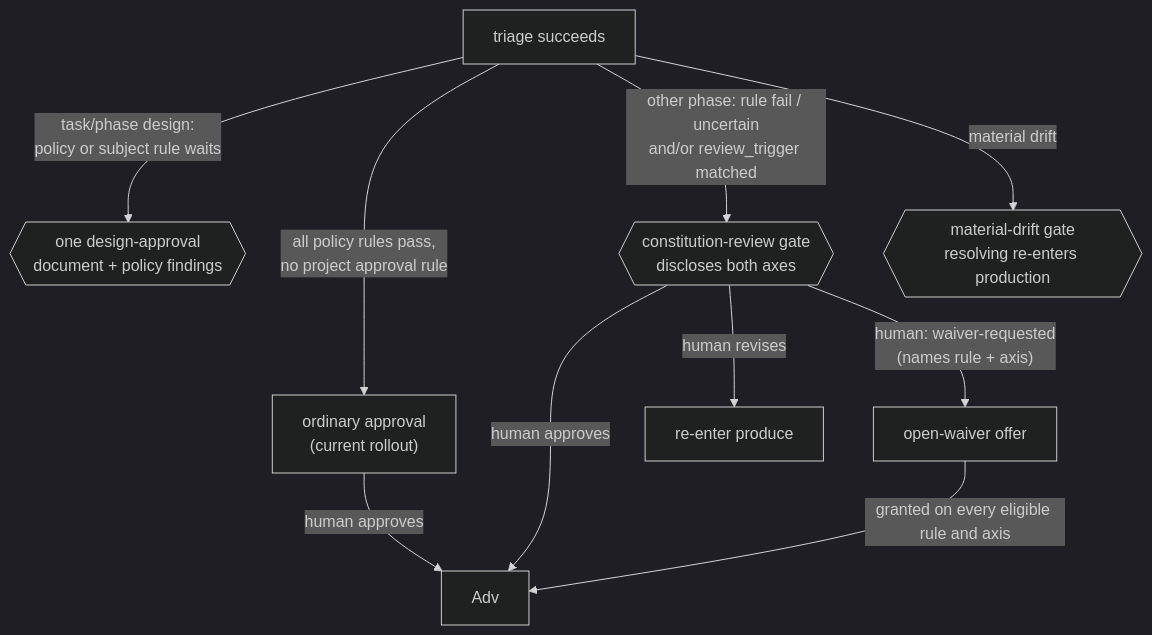
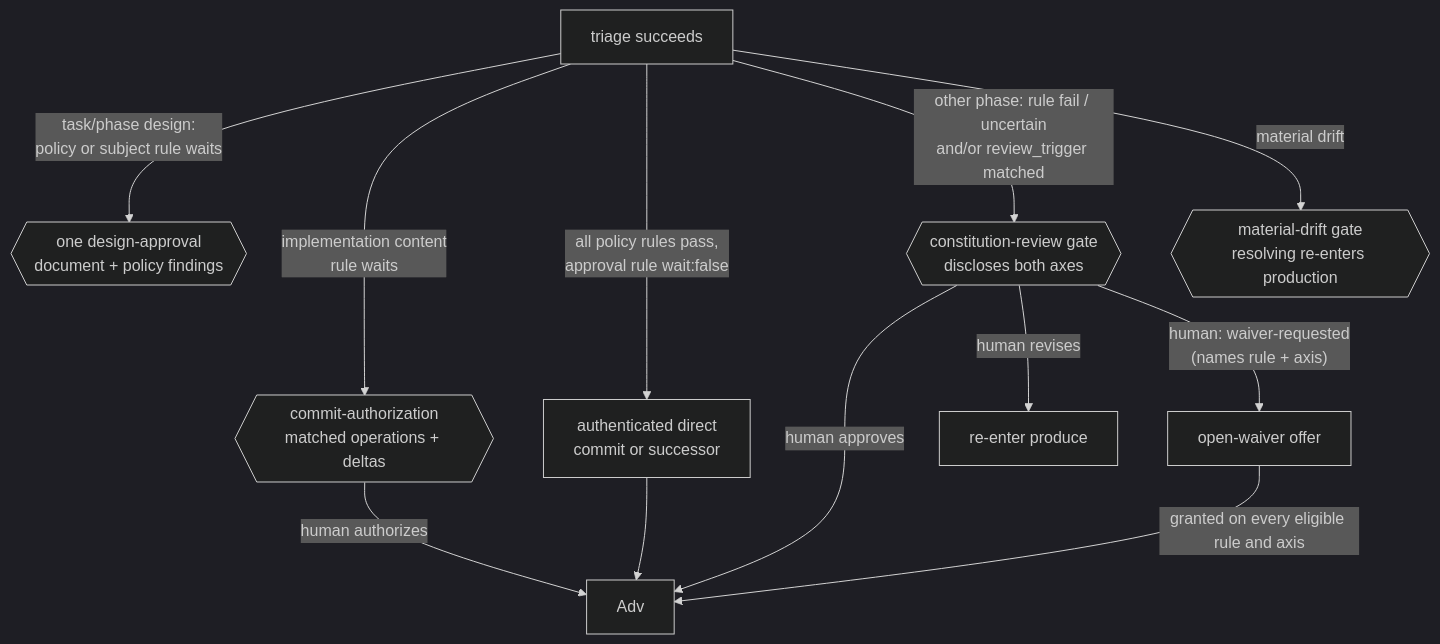
Before and after one commit to Aroton/ArchflowV2: the second of 2 diagrams in docs/review/COUNTER-REVIEW.md, drawn with Mermaid (dark theme). The commit also changed other lines of this file and 43 other files, not shown here.

````diff
--- a/docs/review/COUNTER-REVIEW.md
+++ b/docs/review/COUNTER-REVIEW.md
@@ -124,12 +124,14 @@
 ```mermaid
 flowchart TB
     T[triage succeeds] -->|"task/phase design:<br/>policy or subject rule waits"| DA{{"one design-approval<br/>document + policy findings"}}
-    T -->|"all policy rules pass,<br/>no project approval rule"| Gate["ordinary approval<br/>(current rollout)"]
+    T -->|"implementation content<br/>rule waits"| CI{{"commit-authorization<br/>matched operations + deltas"}}
+    T -->|"all policy rules pass,<br/>approval rule wait:false"| Direct["authenticated direct<br/>commit or successor"]
     T -->|"other phase: rule fail / uncertain<br/>and/or review_trigger matched"| GF{{"constitution-review gate<br/>discloses both axes"}}
     T -->|"material drift"| GD{{"material-drift gate<br/>resolving re-enters production"}}
     GF -->|human approves| Adv
-    Gate -->|human approves| Adv
+    CI -->|human authorizes| Adv
+    Direct --> Adv
     GF -->|human revises| P[re-enter produce]
     GF -->|"human: waiver-requested<br/>(names rule + axis)"| W["open-waiver offer"]
     W -->|granted on every eligible rule and axis| Adv
 ```
````
